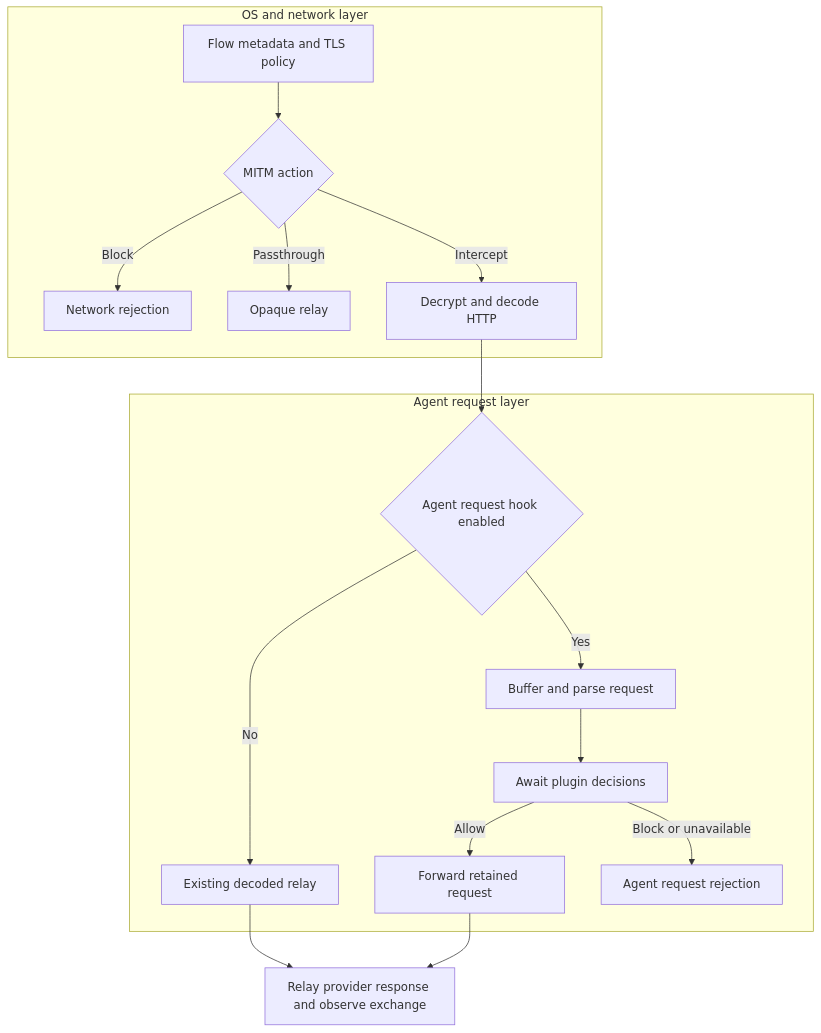
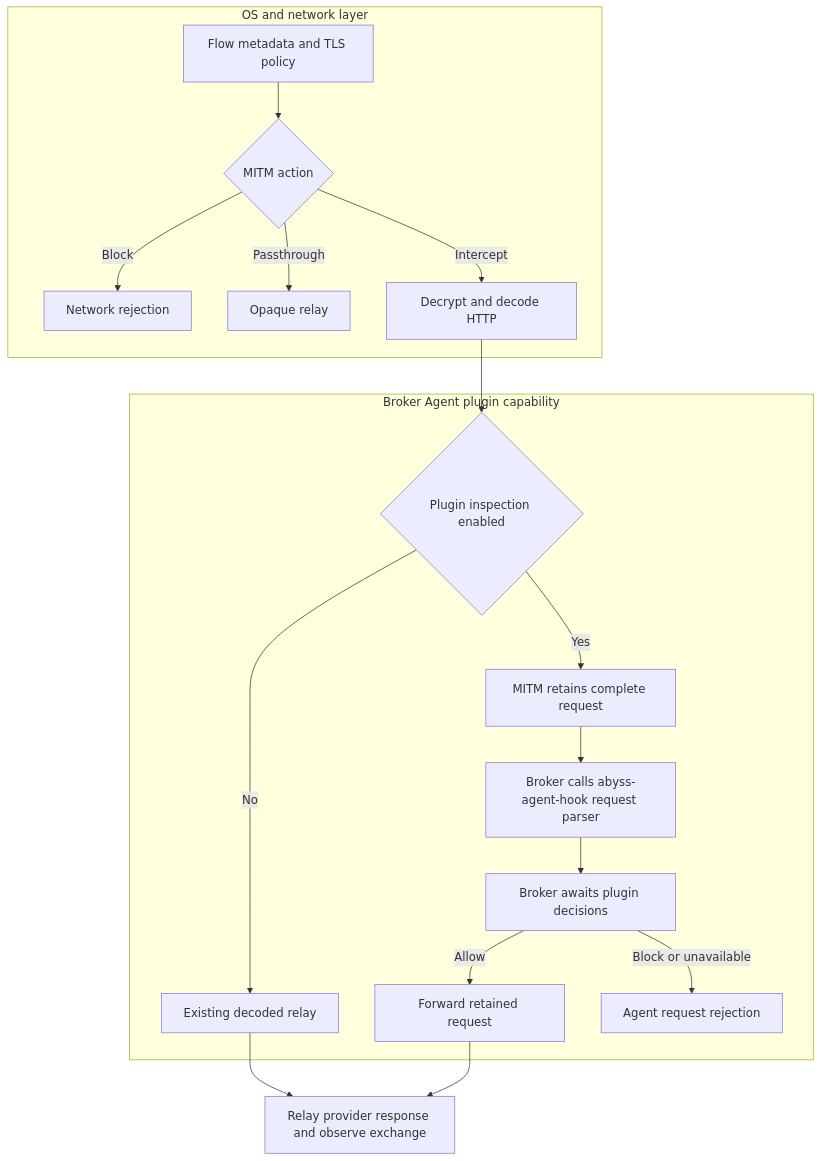
The second of 4 diagrams in docs/request-blocking-design.md (lexmount/abyss-rs), drawn with Mermaid before and after one commit. The commit also changed other lines of this file, not shown here.

First line of the commit message:
docs: place Agent inspection in broker plugins

````diff
--- a/docs/request-blocking-design.md
+++ b/docs/request-blocking-design.md
@@ -263,19 +274,20 @@
 ```mermaid
 flowchart TD
     subgraph N[OS and network layer]
         A[Flow metadata and TLS policy] --> B{MITM action}
         B -->|Block| X[Network rejection]
         B -->|Passthrough| P[Opaque relay]
         B -->|Intercept| C[Decrypt and decode HTTP]
     end
-    subgraph R[Agent request layer]
-        C --> D{Agent request hook enabled}
+    subgraph R[Broker Agent plugin capability]
+        C --> D{Plugin inspection enabled}
         D -->|No| E[Existing decoded relay]
-        D -->|Yes| F[Buffer and parse request]
-        F --> H[Await plugin decisions]
+        D -->|Yes| F[MITM retains complete request]
+        F --> G[Broker calls abyss-agent-hook request parser]
+        G --> H[Broker awaits plugin decisions]
         H -->|Allow| I[Forward retained request]
         H -->|Block or unavailable| Y[Agent request rejection]
     end
     I --> J[Relay provider response and observe exchange]
     E --> J
 ```
````
